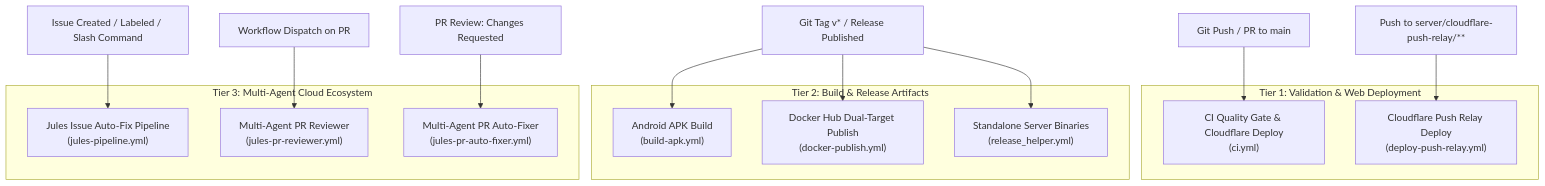
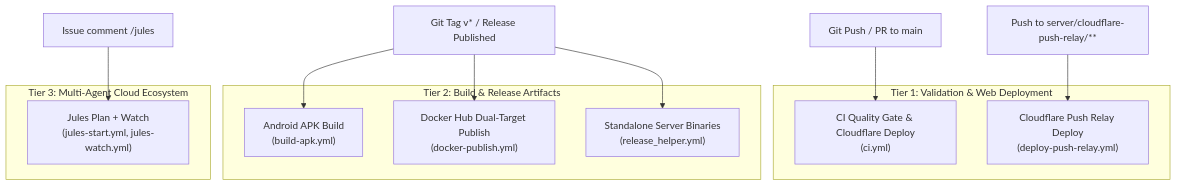
Before and after one commit to suitably/LocalGameGalaxy: the first of 2 diagrams in docs/workflows/ci-cd-pipelines.md, drawn with Mermaid. The commit also changed other lines of this file and 38 other files, not shown here.

Commit message:
chore(ci): streamline jules pipeline to start and watch workflows with test coverage and hygiene checks

````diff
--- a/docs/workflows/ci-cd-pipelines.md
+++ b/docs/workflows/ci-cd-pipelines.md
@@ -22,26 +22,22 @@
 ```mermaid
 flowchart TD
     subgraph CI_Deploy["Tier 1: Validation & Web Deployment"]
         CI["CI Quality Gate & Cloudflare Deploy<br/>(ci.yml)"]
         CF_Relay["Cloudflare Push Relay Deploy<br/>(deploy-push-relay.yml)"]
     end
 
     subgraph Releases["Tier 2: Build & Release Artifacts"]
         APK["Android APK Build<br/>(build-apk.yml)"]
         Docker["Docker Hub Dual-Target Publish<br/>(docker-publish.yml)"]
         ServerRelease["Standalone Server Binaries<br/>(release_helper.yml)"]
     end
 
     subgraph Autonomous["Tier 3: Multi-Agent Cloud Ecosystem"]
-        JulesAgent["Jules Issue Auto-Fix Pipeline<br/>(jules-pipeline.yml)"]
-        JulesReviewer["Multi-Agent PR Reviewer<br/>(jules-pr-reviewer.yml)"]
-        JulesFixer["Multi-Agent PR Auto-Fixer<br/>(jules-pr-auto-fixer.yml)"]
+        JulesPlan["Jules Plan + Watch<br/>(jules-start.yml, jules-watch.yml)"]
     end
 
     CodePush["Git Push / PR to main"] --> CI
     RelayCode["Push to server/cloudflare-push-relay/**"] --> CF_Relay
     TagPush["Git Tag v* / Release Published"] --> APK & Docker & ServerRelease
-    IssueActivity["Issue Created / Labeled / Slash Command"] --> JulesAgent
-    ReviewChanges["PR Review: Changes Requested"] --> JulesFixer
-    ManualPRReview["Workflow Dispatch on PR"] --> JulesReviewer
+    IssueActivity["Issue comment /jules"] --> JulesPlan
 ```
````
